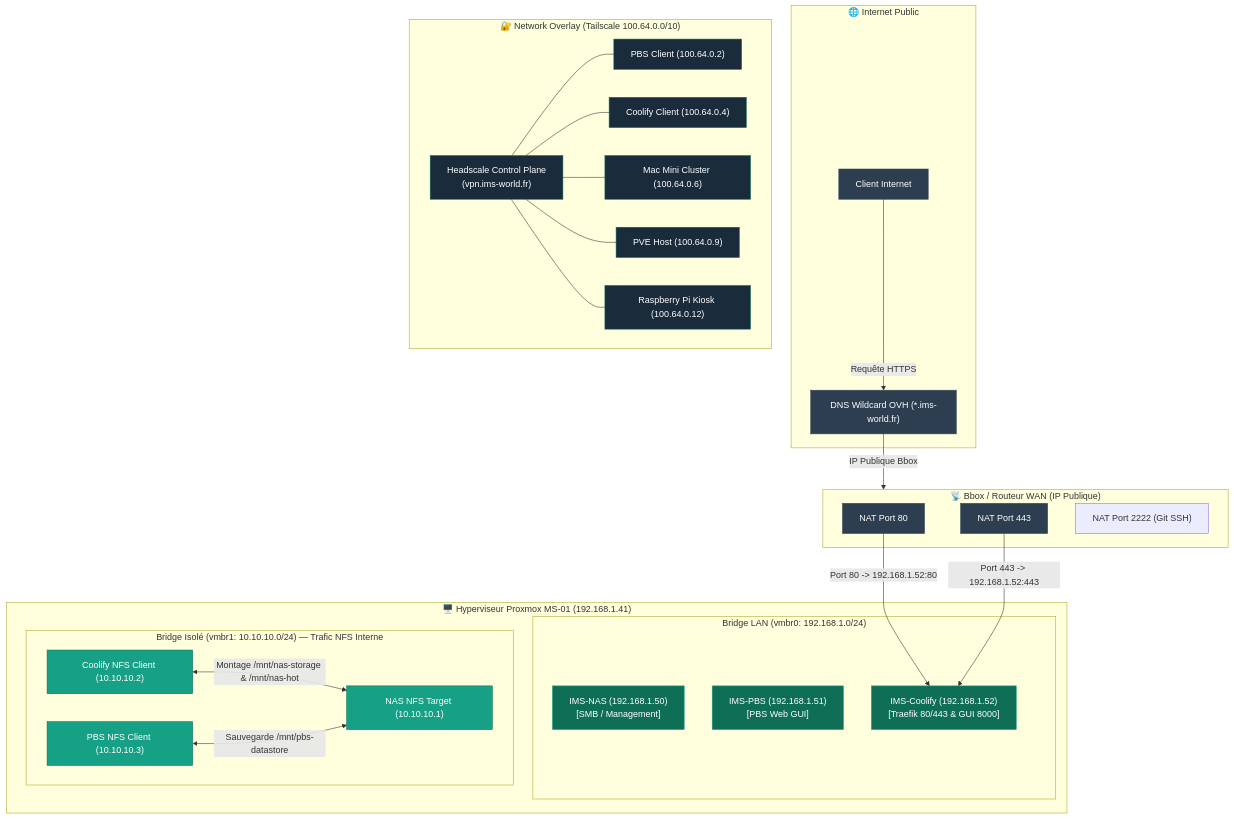
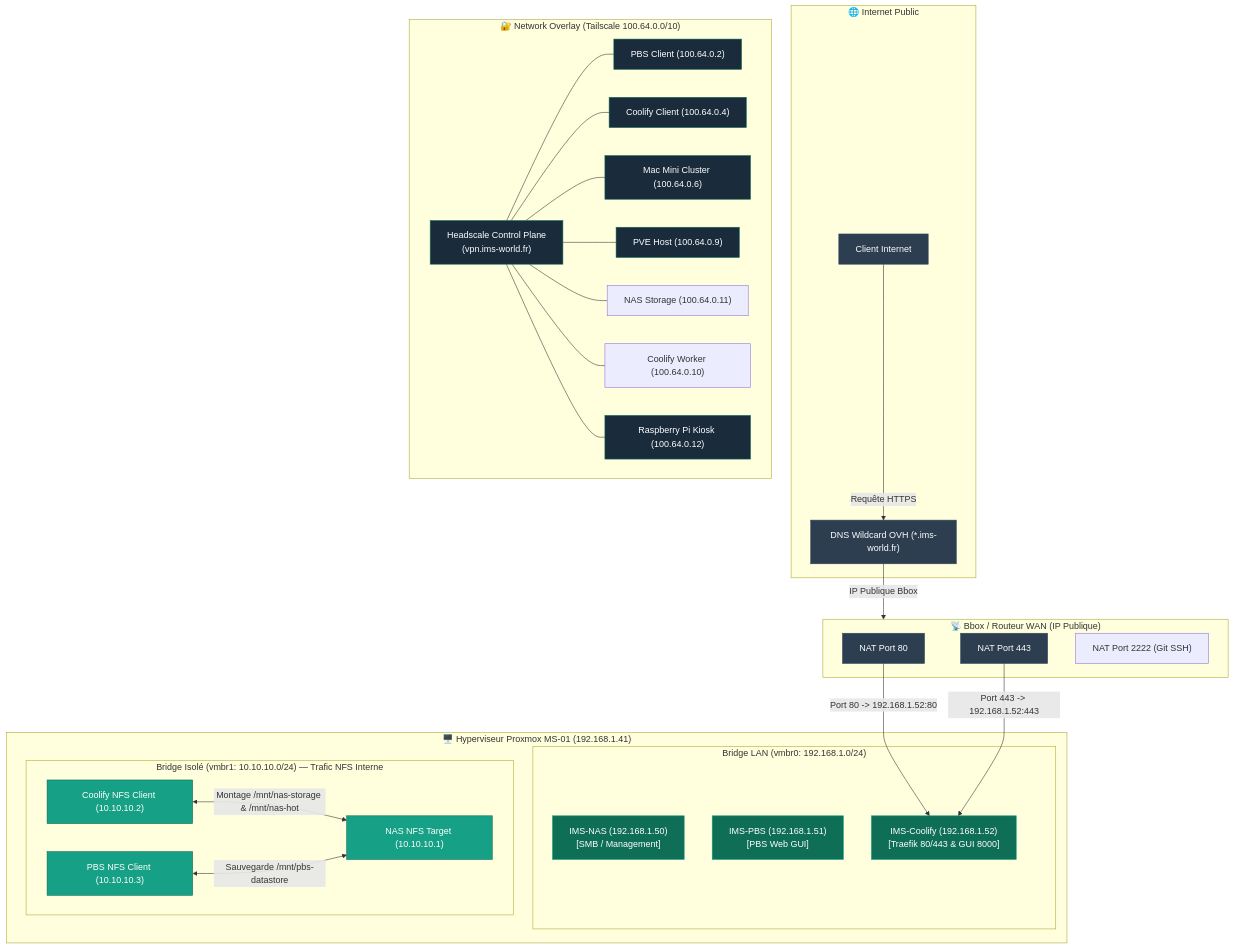
One commit to ims-world/docs changed the diagram in reseau/architecture-reseau.md. Above: the diagram before and after it, drawn with Mermaid. The commit also changed other lines of this file and 13 other files, not shown here.

Commit message:
docs: integrer les changements du 22/10/2026 (Tailscale NAS/Worker et comptes admin)

````diff
--- a/reseau/architecture-reseau.md
+++ b/reseau/architecture-reseau.md
@@ -12,62 +13,66 @@
 ```mermaid
 graph TB
     subgraph WAN ["🌐 Internet Public"]
         CLIENT_EXT["Client Internet"]
         OVH_DNS["DNS Wildcard OVH (*.ims-world.fr)"]
     end
 
     subgraph BBOX ["📡 Bbox / Routeur WAN (IP Publique)"]
         NAT80["NAT Port 80"]
         NAT443["NAT Port 443"]
         NAT2222["NAT Port 2222 (Git SSH)"]
     end
 
     subgraph PROXMOX_NET ["🖥️ Hyperviseur Proxmox MS-01 (192.168.1.41)"]
         subgraph VMBR0 ["Bridge LAN (vmbr0: 192.168.1.0/24)"]
             NAS_LAN["IMS-NAS (192.168.1.50)\n[SMB / Management]"]
             PBS_LAN["IMS-PBS (192.168.1.51)\n[PBS Web GUI]"]
             COOL_LAN["IMS-Coolify (192.168.1.52)\n[Traefik 80/443 & GUI 8000]"]
         end
 
         subgraph VMBR1 ["Bridge Isolé (vmbr1: 10.10.10.0/24) — Trafic NFS Interne"]
             NAS_ISO["NAS NFS Target (10.10.10.1)"]
             PBS_ISO["PBS NFS Client (10.10.10.3)"]
             COOL_ISO["Coolify NFS Client (10.10.10.2)"]
         end
     end
 
     subgraph TAILNET_HEADSCALE ["🔐 Network Overlay (Tailscale 100.64.0.0/10)"]
         HEADSCALE_SRV["Headscale Control Plane\n(vpn.ims-world.fr)"]
         PBS_TS["PBS Client (100.64.0.2)"]
         COOL_TS["Coolify Client (100.64.0.4)"]
         MAC_TS["Mac Mini Cluster (100.64.0.6)"]
         PVE_TS["PVE Host (100.64.0.9)"]
+        NAS_TS["NAS Storage (100.64.0.11)"]
+        WORKER_TS["Coolify Worker (100.64.0.10)"]
         RPI_TS["Raspberry Pi Kiosk (100.64.0.12)"]
     end
 
     %% Flux WAN -> Bbox -> Traefik
     CLIENT_EXT -->|Requête HTTPS| OVH_DNS
     OVH_DNS -->|IP Publique Bbox| BBOX
     NAT80 -->|Port 80 -> 192.168.1.52:80| COOL_LAN
     NAT443 -->|Port 443 -> 192.168.1.52:443| COOL_LAN
 
     %% Flux NFS
     COOL_ISO <-->|Montage /mnt/nas-storage & /mnt/nas-hot| NAS_ISO
     PBS_ISO <-->|Sauvegarde /mnt/pbs-datastore| NAS_ISO
 
     %% Flux Tailscale VPN
     HEADSCALE_SRV --- PBS_TS
     HEADSCALE_SRV --- COOL_TS
     HEADSCALE_SRV --- MAC_TS
     HEADSCALE_SRV --- PVE_TS
+    HEADSCALE_SRV --- NAS_TS
+    HEADSCALE_SRV --- WORKER_TS
     HEADSCALE_SRV --- RPI_TS
 
     classDef wan fill:#2c3e50,stroke:#34495e,color:#fff;
     classDef lan fill:#0F6E56,stroke:#16A085,color:#fff;
     classDef iso fill:#16A085,stroke:#0F6E56,color:#fff;
     classDef vpn fill:#1a2b3c,stroke:#0F6E56,color:#fff;
     class CLIENT_EXT,OVH_DNS,NAT80,NAT443 wan;
     class NAS_LAN,PBS_LAN,COOL_LAN lan;
     class NAS_ISO,PBS_ISO,COOL_ISO iso;
     class HEADSCALE_SRV,PBS_TS,COOL_TS,MAC_TS,PVE_TS,RPI_TS vpn;
 ```
````
